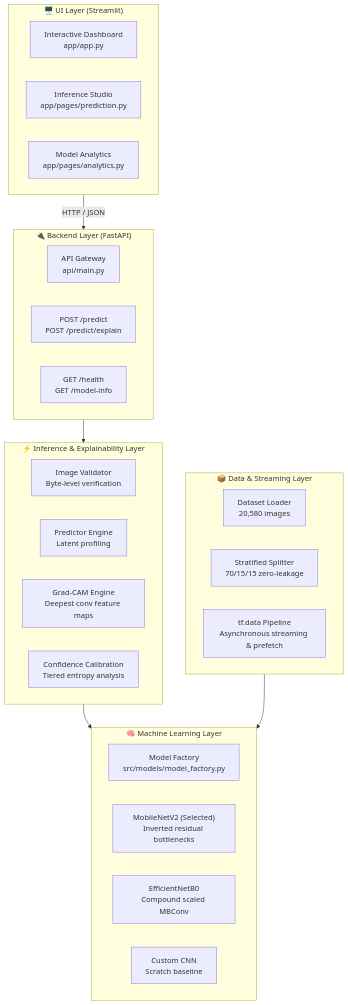
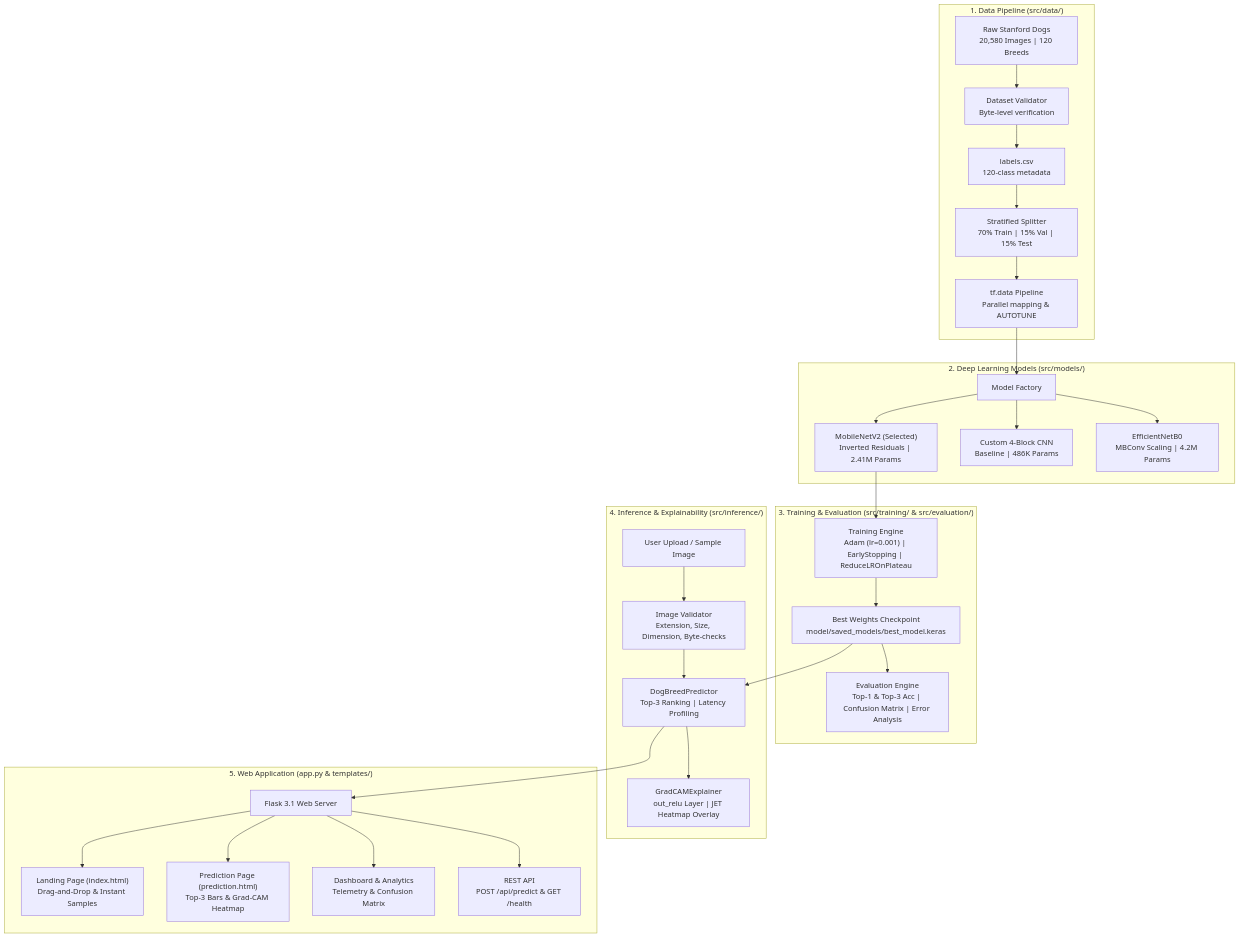
Before and after one commit to Snehan0911/PRAICP-1007-120_dog_breeds_classification: the diagram in README.md, drawn with Mermaid. The commit also changed other lines of this file and 1 other file, not shown here.

Commit message:
docs: complete milestone 17 portfolio README and training guide

````diff
--- a/README.md
+++ b/README.md
@@ -26,39 +32,37 @@
 ```mermaid
 flowchart TD
-    subgraph UI["🖥️ UI Layer (Streamlit)"]
-        DASH["Interactive Dashboard\napp/app.py"]
-        PRED_UI["Inference Studio\napp/pages/prediction.py"]
-        ANALYTICS["Model Analytics\napp/pages/analytics.py"]
+    subgraph DATA["1. Data Pipeline (src/data/)"]
+        RAW["Raw Stanford Dogs\n20,580 Images | 120 Breeds"] --> VAL["Dataset Validator\nByte-level verification"]
+        VAL --> LABELS["labels.csv\n120-class metadata"]
+        LABELS --> SPLIT["Stratified Splitter\n70% Train | 15% Val | 15% Test"]
+        SPLIT --> PIPELINE["tf.data Pipeline\nParallel mapping & AUTOTUNE"]
     end
 
-    subgraph API["🔌 Backend Layer (FastAPI)"]
-        MAIN["API Gateway\napi/main.py"]
-        PRED_ROUTE["POST /predict\nPOST /predict/explain"]
-        HEALTH["GET /health\nGET /model-info"]
+    subgraph MODELS["2. Deep Learning Models (src/models/)"]
+        PIPELINE --> FACTORY["Model Factory"]
+        FACTORY --> MOBILENET["MobileNetV2 (Selected)\nInverted Residuals | 2.41M Params"]
+        FACTORY --> CUSTOM["Custom 4-Block CNN\nBaseline | 486K Params"]
+        FACTORY --> EFFICIENT["EfficientNetB0\nMBConv Scaling | 4.2M Params"]
     end
 
-    subgraph INFERENCE["⚡ Inference & Explainability Layer"]
-        VAL["Image Validator\nByte-level verification"]
-        PREDICTOR["Predictor Engine\nLatent profiling"]
-        GRADCAM["Grad-CAM Engine\nDeepest conv feature maps"]
-        CONF["Confidence Calibration\nTiered entropy analysis"]
+    subgraph TRAIN["3. Training & Evaluation (src/training/ & src/evaluation/)"]
+        MOBILENET --> TRAINER["Training Engine\nAdam (lr=0.001) | EarlyStopping | ReduceLROnPlateau"]
+        TRAINER --> CKPT["Best Weights Checkpoint\nmodel/saved_models/best_model.keras"]
+        CKPT --> EVAL["Evaluation Engine\nTop-1 & Top-3 Acc | Confusion Matrix | Error Analysis"]
     end
 
-    subgraph ML["🧠 Machine Learning Layer"]
-        FACTORY["Model Factory\nsrc/models/model_factory.py"]
-        MOBILENET["MobileNetV2 (Selected)\nInverted residual bottlenecks"]
-        EFFICIENT["EfficientNetB0\nCompound scaled MBConv"]
-        CNN["Custom CNN\nScratch baseline"]
+    subgraph INFERENCE["4. Inference & Explainability (src/inference/)"]
+        CKPT --> PREDICTOR["DogBreedPredictor\nTop-3 Ranking | Latency Profiling"]
+        PREDICTOR --> GRADCAM["GradCAMExplainer\nout_relu Layer | JET Heatmap Overlay"]
+        IMAGE_INPUT["User Upload / Sample Image"] --> IMG_VAL["Image Validator\nExtension, Size, Dimension, Byte-checks"]
+        IMG_VAL --> PREDICTOR
     end
 
-    subgraph DATA["📦 Data & Streaming Layer"]
-        LOADER["Dataset Loader\n20,580 images"]
-        SPLITTER["Stratified Splitter\n70/15/15 zero-leakage"]
-        PIPELINE["tf.data Pipeline\nAsynchronous streaming & prefetch"]
+    subgraph WEB["5. Web Application (app.py & templates/)"]
+        PREDICTOR --> FLASK["Flask 3.1 Web Server"]
+        FLASK --> UI_HOME["Landing Page (index.html)\nDrag-and-Drop & Instant Samples"]
+        FLASK --> UI_PRED["Prediction Page (prediction.html)\nTop-3 Bars & Grad-CAM Heatmap"]
+        FLASK --> UI_DASH["Dashboard & Analytics\nTelemetry & Confusion Matrix"]
+        FLASK --> REST_API["REST API\nPOST /api/predict & GET /health"]
     end
-
-    UI -->|HTTP / JSON| API
-    API --> INFERENCE
-    INFERENCE --> ML
-    DATA --> ML
 ```
````
